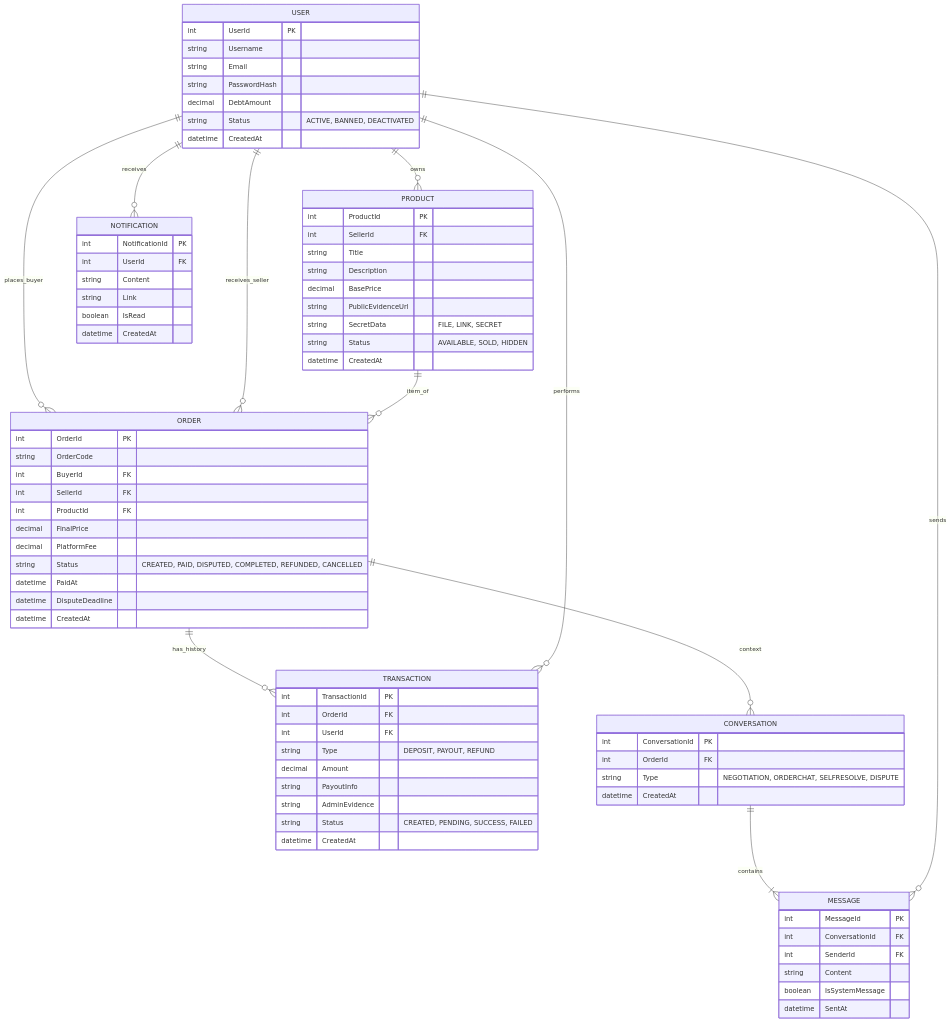
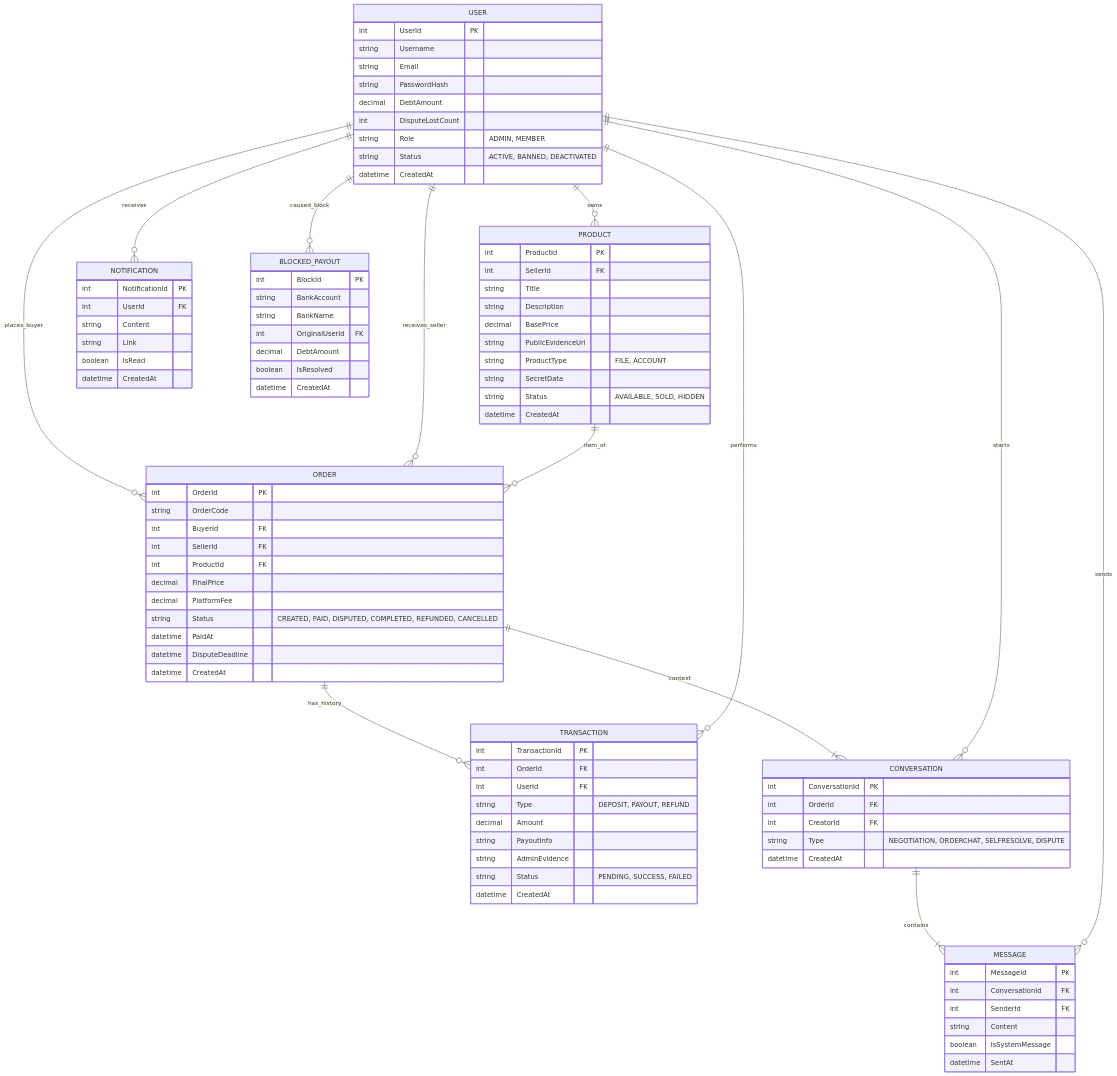
One commit to dominic2-2/Swaptem changed the diagram in docs/diagrams/ERD_Logical.md. Above: the diagram before and after it, drawn with Mermaid.

Commit message:
Update ERD with blocked payout entity and relationships
Added new entities and relationships to the ERD for blocked payouts and updated existing entities.

````diff
--- a/docs/diagrams/ERD_Logical.md
+++ b/docs/diagrams/ERD_Logical.md
@@ -1,12 +1,13 @@
 ```mermaid
 erDiagram
-    %% --- ENTITIES ---
     USER {
         int UserId PK
         string Username
         string Email
         string PasswordHash
         decimal DebtAmount
+        int DisputeLostCount
+        string Role "ADMIN, MEMBER"
         string Status "ACTIVE, BANNED, DEACTIVATED"
         datetime CreatedAt
     }
@@ -18,7 +19,8 @@
         string Description
         decimal BasePrice
         string PublicEvidenceUrl
-        string SecretData "FILE, LINK, SECRET"
+        string ProductType "FILE, ACCOUNT"
+        string SecretData
         string Status "AVAILABLE, SOLD, HIDDEN"
         datetime CreatedAt
     }
@@ -45,13 +47,14 @@
         decimal Amount
         string PayoutInfo
         string AdminEvidence
-        string Status "CREATED, PENDING, SUCCESS, FAILED"
+        string Status "PENDING, SUCCESS, FAILED"
         datetime CreatedAt
     }
 
     CONVERSATION {
         int ConversationId PK
         int OrderId FK
+        int CreatorId FK
         string Type "NEGOTIATION, ORDERCHAT, SELFRESOLVE, DISPUTE"
         datetime CreatedAt
     }
@@ -74,6 +77,16 @@
         datetime CreatedAt
     }
 
+    BLOCKED_PAYOUT {
+        int BlockId PK
+        string BankAccount
+        string BankName
+        int OriginalUserId FK
+        decimal DebtAmount
+        boolean IsResolved
+        datetime CreatedAt
+    }
+
     %% --- RELATIONSHIPS ---
     USER ||--o{ PRODUCT : owns
     USER ||--o{ ORDER : places_buyer
@@ -84,9 +97,14 @@
     ORDER ||--o{ TRANSACTION : has_history
     USER ||--o{ TRANSACTION : performs
 
-    ORDER ||--o{ CONVERSATION : context
+    ORDER ||--|{ CONVERSATION : context
+    USER ||--o{ CONVERSATION : starts
+
     CONVERSATION ||--|{ MESSAGE : contains
     USER ||--o{ MESSAGE : sends
 
     USER ||--o{ NOTIFICATION : receives
+
+    %% Quan hệ mới cho logic truy vết nợ
+    USER ||--o{ BLOCKED_PAYOUT : caused_block
 ```
````
